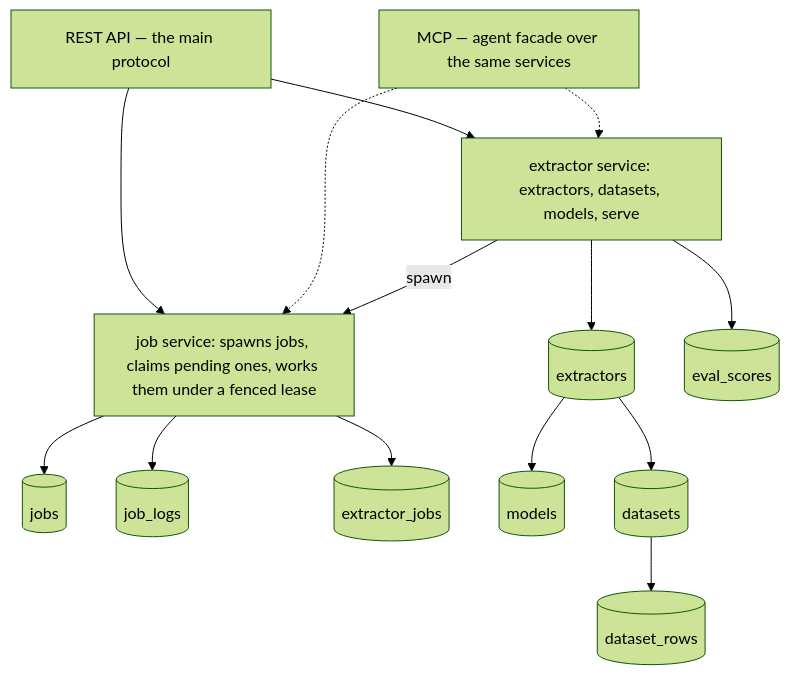
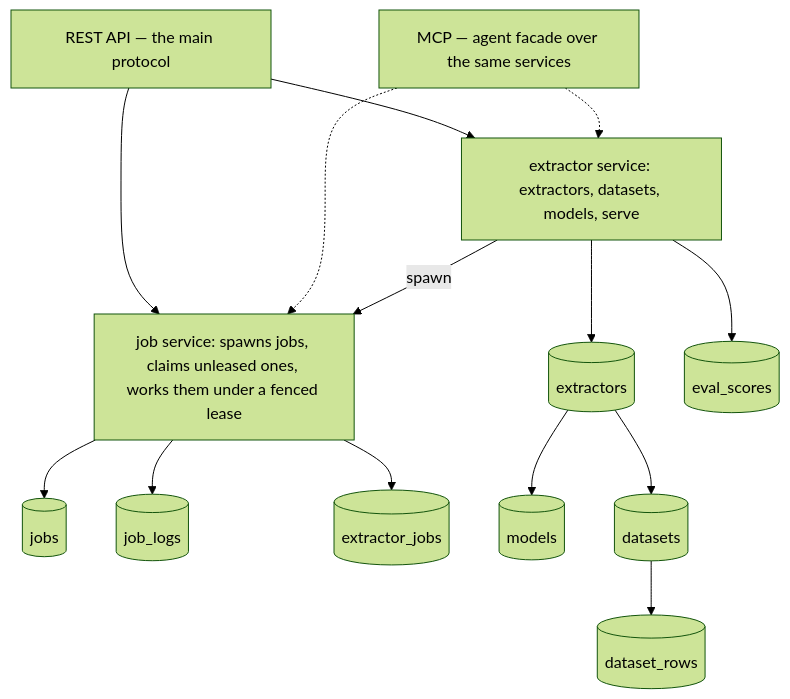
The diagram in docs/architecture.md (rishenco/ExtractLayer), drawn with Mermaid (forest theme) before and after one commit. The commit also changed other lines of this file and 3 other files, not shown here.

````diff
--- a/docs/architecture.md
+++ b/docs/architecture.md
@@ -5,19 +5,19 @@
 ```mermaid
 flowchart TD
     rest["REST API — the main protocol"]
     mcp["MCP — agent facade over the same services"]
     es["extractor service: extractors, datasets, models, serve"]
-    js["job service: spawns jobs, claims pending ones, works them under a fenced lease"]
+    js["job service: spawns jobs, claims unleased ones, works them under a fenced lease"]
     rest --> es
     rest --> js
     mcp -.-> es
     mcp -.-> js
     es -- "spawn" --> js
     js --> jobs[(jobs)]
     js --> logs[(job_logs)]
     js --> xj[(extractor_jobs)]
     es --> ex[(extractors)]
     ex --> models[(models)]
     ex --> ds[(datasets)] --> rows[(dataset_rows)]
     es --> scores[(eval_scores)]
 ```
````
